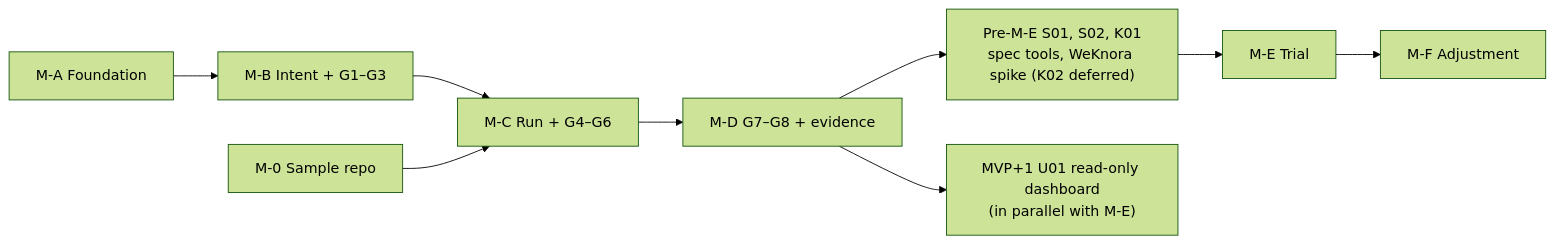
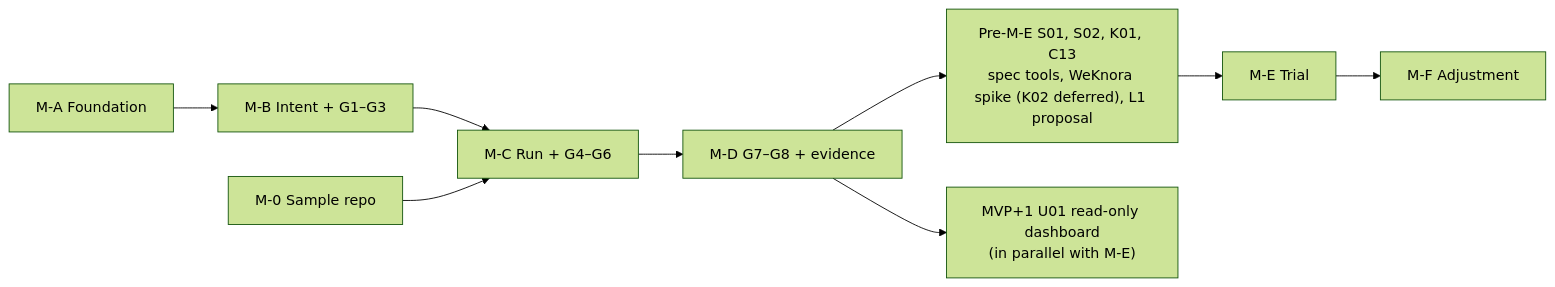
Before and after one commit to hoanghainh1188/agentic-sdlc-framework: the diagram in design/D-08-mvp-backlog.md, drawn with Mermaid (forest theme). The commit also changed other lines of this file and 10 other files, not shown here.

````diff
--- a/design/D-08-mvp-backlog.md
+++ b/design/D-08-mvp-backlog.md
@@ -51,11 +51,11 @@
 ```mermaid
 flowchart LR
     MA["M-A Foundation"] --> MB["M-B Intent + G1–G3"]
     MB --> MC["M-C Run + G4–G6"]
     M0["M-0 Sample repo"] --> MC
     MC --> MD["M-D G7–G8 + evidence"]
-    MD --> MP["Pre-M-E S01, S02, K01<br/>spec tools, WeKnora spike (K02 deferred)"]
+    MD --> MP["Pre-M-E S01, S02, K01, C13<br/>spec tools, WeKnora spike (K02 deferred), L1 proposal"]
     MP --> ME["M-E Trial"]
     ME --> MF["M-F Adjustment"]
     MD --> MU["MVP+1 U01 read-only dashboard<br/>(in parallel with M-E)"]
 ```
````
